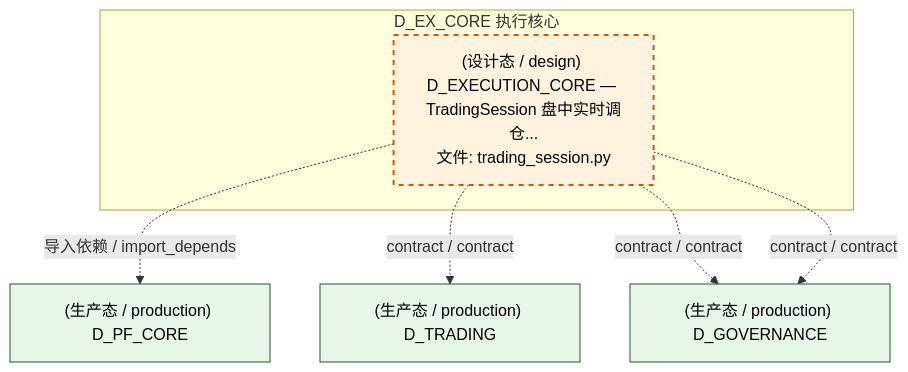
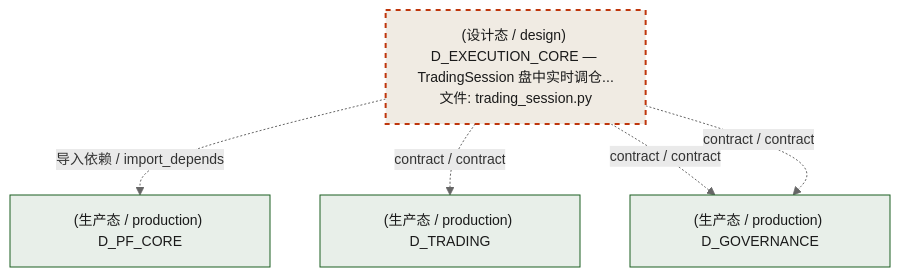
The third of 4 diagrams in docs/02_enterprise_architecture/02_domain_architecture_docs/44_d_ex_core.md (xuanFelixVan/ZephyrAlpha), drawn with Mermaid before and after one commit. The commit also changed other lines of this file and 76 other files, not shown here.

````diff
--- a/docs/02_enterprise_architecture/02_domain_architecture_docs/44_d_ex_core.md
+++ b/docs/02_enterprise_architecture/02_domain_architecture_docs/44_d_ex_core.md
@@ -176,19 +187,18 @@
 ```mermaid
-graph TD
-    subgraph D_EX_CORE["D_EX_CORE 执行核心"]
-        src_zephyr_ex_core_trading_session_py["(设计态 / design) D_EXECUTION_CORE — TradingSession 盘中实时调仓...<br/>文件: trading_session.py"]
-    end
+%%{init: {'theme': 'base', 'themeVariables': {'primaryColor': '#eaeaea', 'primaryTextColor': '#333333', 'primaryBorderColor': '#666666', 'lineColor': '#666666', 'secondaryColor': '#eaeaea', 'tertiaryColor': '#eaeaea', 'fontSize': '14px'}}}%%
+flowchart TD
+    src_zephyr_ex_core_trading_session_py["(设计态 / design) D_EXECUTION_CORE — TradingSession 盘中实时调仓...<br/>文件: trading_session.py"]
     D_PF_CORE["(生产态 / production) D_PF_CORE"]
     src_zephyr_ex_core_trading_session_py -.->|导入依赖 / import_depends| D_PF_CORE
     D_TRADING["(生产态 / production) D_TRADING"]
     src_zephyr_ex_core_trading_session_py -.->|contract / contract| D_TRADING
     D_GOVERNANCE["(生产态 / production) D_GOVERNANCE"]
     src_zephyr_ex_core_trading_session_py -.->|contract / contract| D_GOVERNANCE
     src_zephyr_ex_core_trading_session_py -.->|contract / contract| D_GOVERNANCE
-    classDef production fill:#e1f5fe,stroke:#01579b,stroke-width:2px,color:#000
-    classDef design fill:#fff3e0,stroke:#e65100,stroke-width:2px,color:#000,stroke-dasharray: 5 5
-    classDef external_prod fill:#e8f5e9,stroke:#1b5e20,stroke-width:1px,color:#000
-    classDef external_design fill:#fce4ec,stroke:#880e4f,stroke-width:1px,color:#000,stroke-dasharray: 5 5
+    classDef production fill:#e8edf2,stroke:#0277bd,stroke-width:2px,color:#1a1a1a
+    classDef design fill:#f0ebe3,stroke:#bf360c,stroke-width:2px,color:#1a1a1a,stroke-dasharray: 5 5
+    classDef external_prod fill:#e8efe9,stroke:#1b5e20,stroke-width:1px,color:#1a1a1a
+    classDef external_design fill:#efe5ea,stroke:#880e4f,stroke-width:1px,color:#1a1a1a,stroke-dasharray: 5 5
     class src_zephyr_ex_core_trading_session_py design
     class D_PF_CORE,D_TRADING,D_GOVERNANCE external_prod
 ```
````
